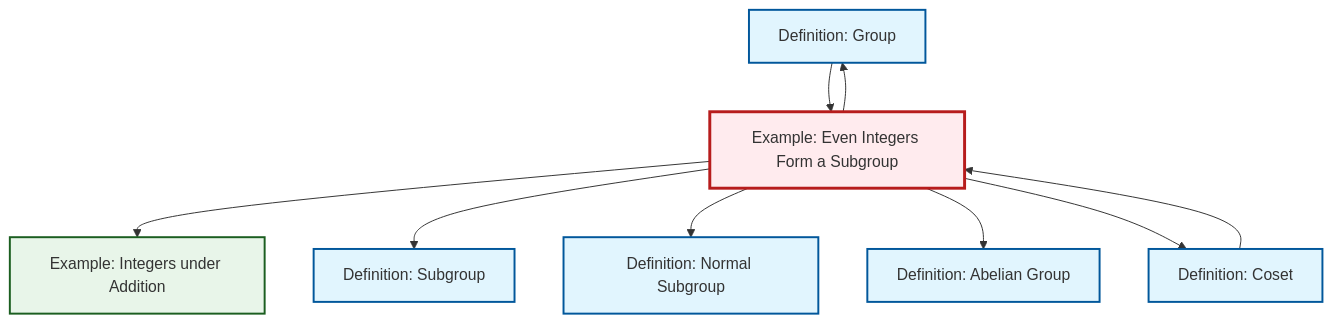
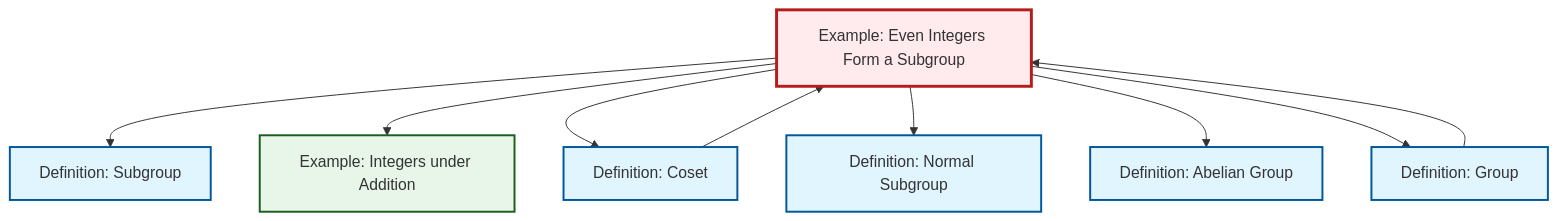
One commit to RK0429/ModernMath changed the diagram in content/ja/algebra/ex-even-integers-subgroup.qmd. Above: the diagram before and after it, drawn with Mermaid. The commit also changed other lines of this file and 654 other files, not shown here.

````diff
--- a/content/ja/algebra/ex-even-integers-subgroup.qmd
+++ b/content/ja/algebra/ex-even-integers-subgroup.qmd
@@ -52,31 +52,31 @@
 ```{mermaid}
 %%| fig-cap: "Local dependency graph"
 graph TD
     classDef definition fill:#e1f5fe,stroke:#01579b,stroke-width:2px
     classDef theorem fill:#f3e5f5,stroke:#4a148c,stroke-width:2px
     classDef axiom fill:#fff3e0,stroke:#e65100,stroke-width:2px
     classDef example fill:#e8f5e9,stroke:#1b5e20,stroke-width:2px
     classDef current fill:#ffebee,stroke:#b71c1c,stroke-width:3px
-    def-group["Definition: Group"]:::definition
-    def-abelian-group["Definition: Abelian Group"]:::definition
-    def-subgroup["Definition: Subgroup"]:::definition
-    def-normal-subgroup["Definition: Normal Subgroup"]:::definition
     ex-even-integers-subgroup["Example: Even Integers Form a Subgroup"]:::example
     def-coset["Definition: Coset"]:::definition
     ex-integers-addition["Example: Integers under Addition"]:::example
+    def-group["Definition: Group"]:::definition
+    def-subgroup["Definition: Subgroup"]:::definition
+    def-normal-subgroup["Definition: Normal Subgroup"]:::definition
+    def-abelian-group["Definition: Abelian Group"]:::definition
+    def-group --> ex-even-integers-subgroup
+    def-coset --> ex-even-integers-subgroup
+    ex-even-integers-subgroup --> def-subgroup
     ex-even-integers-subgroup --> ex-integers-addition
-    ex-even-integers-subgroup --> def-subgroup
-    def-coset --> ex-even-integers-subgroup
+    ex-even-integers-subgroup --> def-coset
     ex-even-integers-subgroup --> def-normal-subgroup
-    def-group --> ex-even-integers-subgroup
     ex-even-integers-subgroup --> def-abelian-group
-    ex-even-integers-subgroup --> def-coset
     ex-even-integers-subgroup --> def-group
     class ex-even-integers-subgroup current
+    click def-coset "def-coset.html" "Definition: Cosetへ"
+    click ex-integers-addition "ex-integers-addition.html" "Example: Integers under Additionへ"
     click def-group "def-group.html" "Definition: Groupへ"
-    click def-abelian-group "def-abelian-group.html" "Definition: Abelian Groupへ"
     click def-subgroup "def-subgroup.html" "Definition: Subgroupへ"
     click def-normal-subgroup "def-normal-subgroup.html" "Definition: Normal Subgroupへ"
-    click def-coset "def-coset.html" "Definition: Cosetへ"
-    click ex-integers-addition "ex-integers-addition.html" "Example: Integers under Additionへ"
+    click def-abelian-group "def-abelian-group.html" "Definition: Abelian Groupへ"
 ```
````
